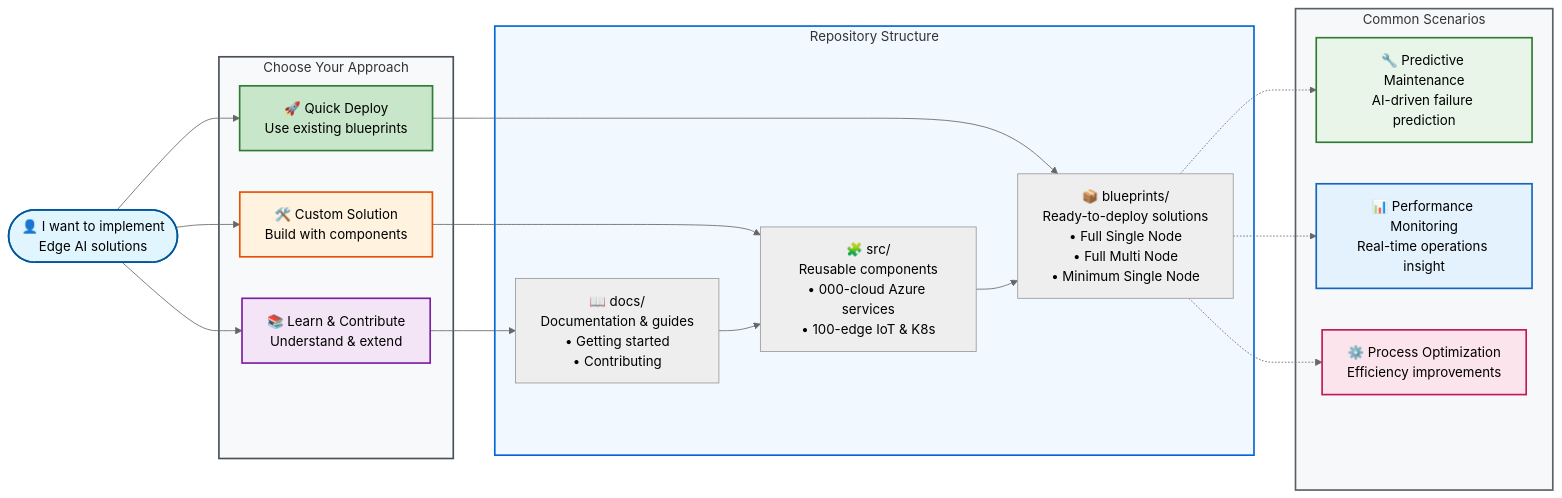
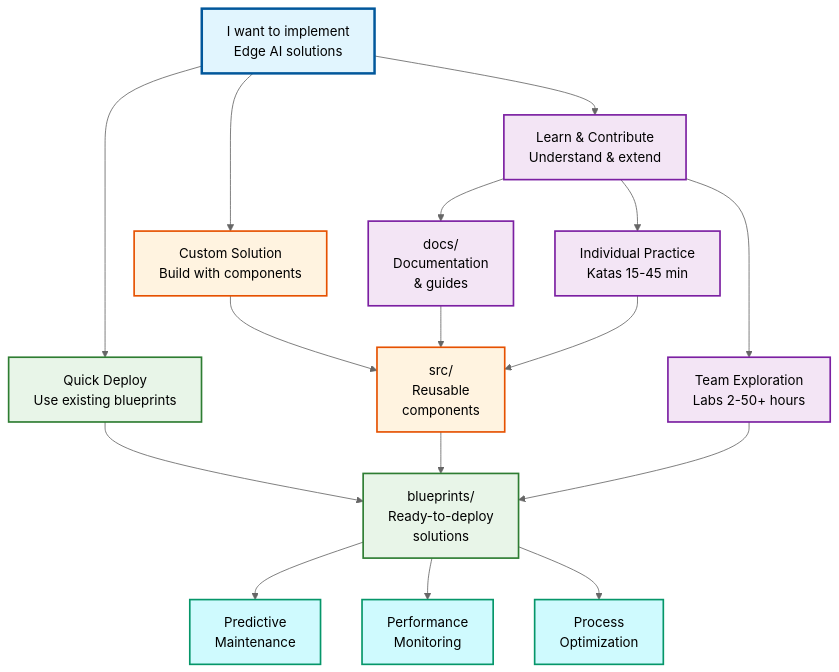
One commit to microsoft/edge-ai changed the diagram in docs/index.md. Above: the diagram before and after it, drawn with Mermaid (neutral theme). The commit also changed other lines of this file and 129 other files, not shown here.

````diff
--- a/docs/index.md
+++ b/docs/index.md
@@ -58,59 +84,59 @@
 ```mermaid
-graph LR
-    Start([👤 I want to implement<br/>Edge AI solutions])
+flowchart TD
+    Start[I want to implement<br/>Edge AI solutions]
 
-    subgraph approach [Choose Your Approach]
-        Quick[🚀 Quick Deploy<br/>Use existing blueprints]
-        Custom[🛠️ Custom Solution<br/>Build with components]
-        Learn[📚 Learn & Contribute<br/>Understand & extend]
-        ApproachSpacer1[ ]
-    end
+    %% User approach choices
+    Quick[Quick Deploy<br/>Use existing blueprints]
+    Custom[Custom Solution<br/>Build with components]
+    Learn[Learn & Contribute<br/>Understand & extend]
 
-    subgraph structure [Repository Structure]
-        Blueprints[📦 blueprints/<br/>Ready-to-deploy solutions<br/>• Full Single Node<br/>• Full Multi Node<br/>• Minimum Single Node]
-        Components[🧩 src/<br/>Reusable components<br/>• 000-cloud Azure services<br/>• 100-edge IoT & K8s]
-        Docs[📖 docs/<br/>Documentation & guides<br/>• Getting started<br/>• Contributing]
-        StructureSpacer1[ ]
-    end
+    %% PraxisWorx Learning paths
+    Katas[Individual Practice<br/>Katas 15-45 min]
+    Labs[Team Exploration<br/>Labs 2-50+ hours]
 
-    subgraph scenarios [Common Scenarios]
-        PM[🔧 Predictive Maintenance<br/>AI-driven failure prediction]
-        OPM[📊 Performance Monitoring<br/>Real-time operations insight]
-        QO[⚙️ Process Optimization<br/>Efficiency improvements]
-        ScenarioSpacer1[ ]
-    end
+    %% Repository structure navigation
+    Blueprints[blueprints/<br/>Ready-to-deploy<br/>solutions]
+    Components[src/<br/>Reusable<br/>components]
+    Docs[docs/<br/>Documentation<br/>& guides]
 
+    %% Common implementation scenarios
+    PM[Predictive<br/>Maintenance]
+    OPM[Performance<br/>Monitoring]
+    QO[Process<br/>Optimization]
+
+    %% Primary user flow
     Start --> Quick
     Start --> Custom
     Start --> Learn
 
     Quick --> Blueprints
     Custom --> Components
     Learn --> Docs
+    Learn --> Katas
+    Learn --> Labs
 
-    %% Better narrative: Learning leads to understanding components, then contributing to blueprints
+    %% Learning progression paths
+    Katas --> Components
+    Labs --> Blueprints
     Docs --> Components
     Components --> Blueprints
 
-    Blueprints -.-> PM
-    Blueprints -.-> OPM
-    Blueprints -.-> QO
+    %% Application to business scenarios
+    Blueprints --> PM
+    Blueprints --> OPM
+    Blueprints --> QO
 
-    %% Hide spacer elements
-    style ApproachSpacer1 fill:transparent,stroke:transparent
-    style StructureSpacer1 fill:transparent,stroke:transparent
-    style ScenarioSpacer1 fill:transparent,stroke:transparent
-
-    %% Accessible subgraph styling
-    style approach fill:#f8f9fa,stroke:#495057,stroke-width:2px
-    style structure fill:#f1f8ff,stroke:#0366d6,stroke-width:2px
-    style scenarios fill:#f6f8fa,stroke:#586069,stroke-width:2px
-
-    style Start fill:#e1f5fe,stroke:#01579b,stroke-width:2px
-    style Quick fill:#c8e6c9,stroke:#2e7d32,stroke-width:2px
+    %% Comprehensive color scheme for repository workflow
+    style Start fill:#e1f5fe,stroke:#01579b,stroke-width:3px
+    style Quick fill:#e8f5e8,stroke:#2e7d32,stroke-width:2px
     style Custom fill:#fff3e0,stroke:#e65100,stroke-width:2px
     style Learn fill:#f3e5f5,stroke:#7b1fa2,stroke-width:2px
-    style PM fill:#e8f5e8,stroke:#2e7d32,stroke-width:2px
-    style OPM fill:#e3f2fd,stroke:#1565c0,stroke-width:2px
-    style QO fill:#fce4ec,stroke:#c2185b,stroke-width:2px
+    style Katas fill:#f3e5f5,stroke:#7b1fa2,stroke-width:2px
+    style Labs fill:#f3e5f5,stroke:#7b1fa2,stroke-width:2px
+    style Blueprints fill:#e8f5e8,stroke:#2e7d32,stroke-width:2px
+    style Components fill:#fff3e0,stroke:#e65100,stroke-width:2px
+    style Docs fill:#f3e5f5,stroke:#7b1fa2,stroke-width:2px
+    style PM fill:#cffafe,stroke:#059669,stroke-width:2px
+    style OPM fill:#cffafe,stroke:#059669,stroke-width:2px
+    style QO fill:#cffafe,stroke:#059669,stroke-width:2px
 ```
````
